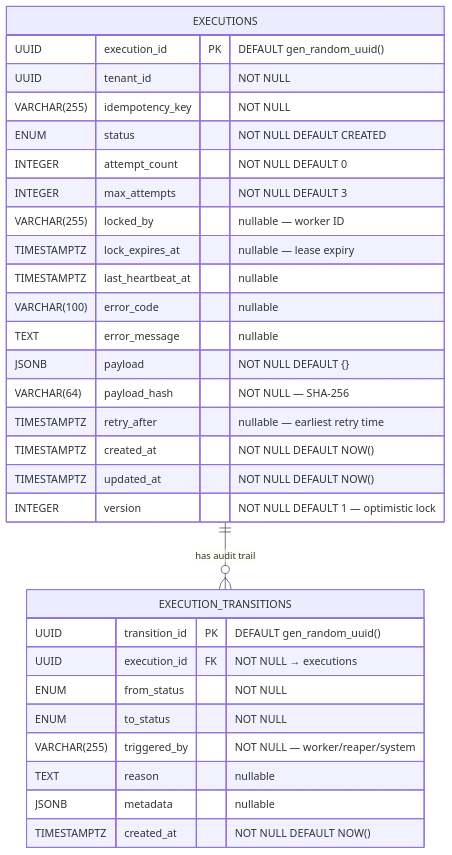
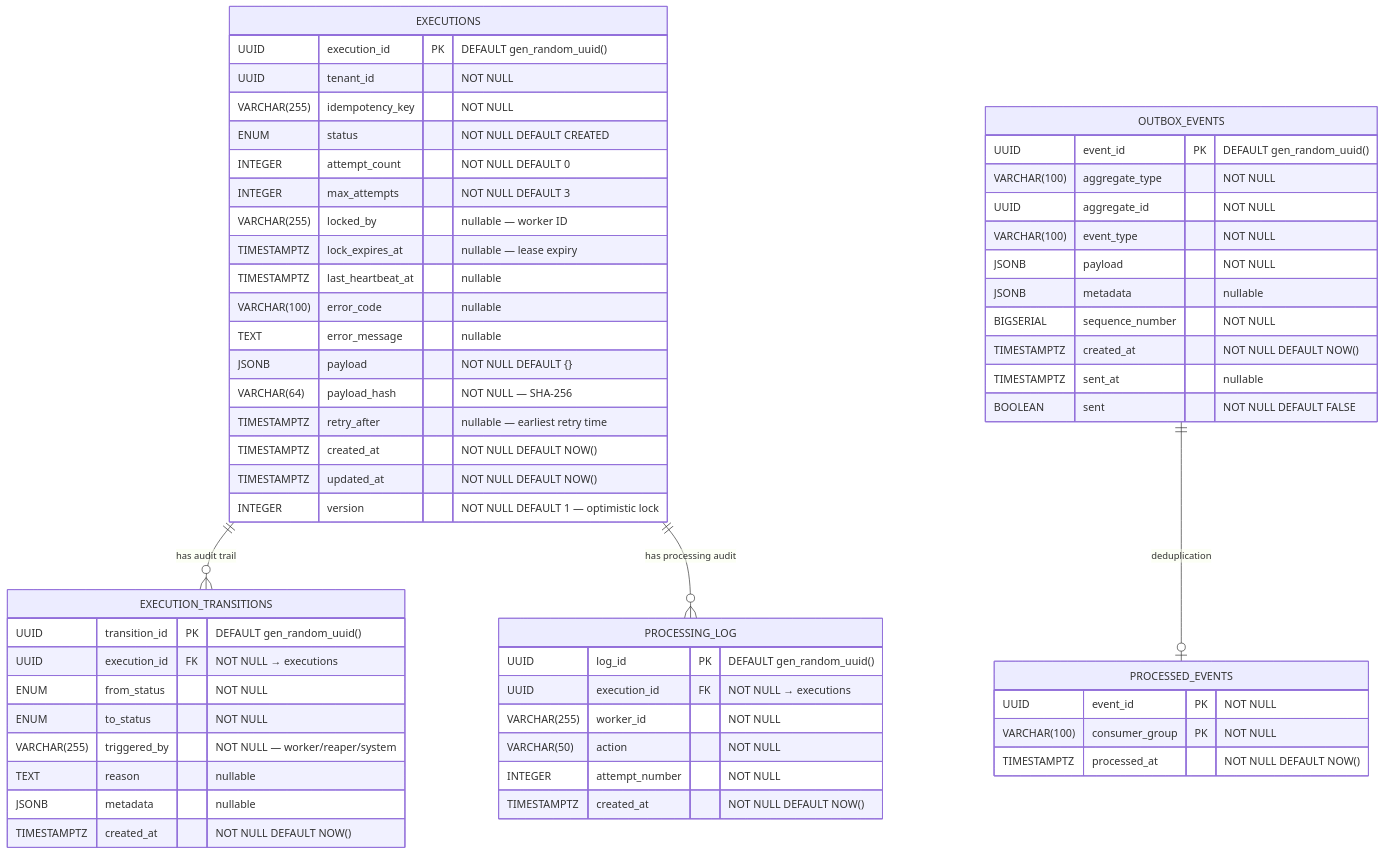
The first of 2 diagrams in docs/erd.md (narayana-reddy-nexoraa/platform), drawn with Mermaid before and after one commit. The commit also changed other lines of this file, not shown here.

Commit message:
docs: update ERD with outbox, processed_events, and processing_log tables

````diff
--- a/docs/erd.md
+++ b/docs/erd.md
@@ -5,35 +5,65 @@
 ```mermaid
 erDiagram
     EXECUTIONS {
         UUID execution_id PK "DEFAULT gen_random_uuid()"
         UUID tenant_id "NOT NULL"
         VARCHAR(255) idempotency_key "NOT NULL"
         ENUM status "NOT NULL DEFAULT CREATED"
         INTEGER attempt_count "NOT NULL DEFAULT 0"
         INTEGER max_attempts "NOT NULL DEFAULT 3"
         VARCHAR(255) locked_by "nullable — worker ID"
         TIMESTAMPTZ lock_expires_at "nullable — lease expiry"
         TIMESTAMPTZ last_heartbeat_at "nullable"
         VARCHAR(100) error_code "nullable"
         TEXT error_message "nullable"
         JSONB payload "NOT NULL DEFAULT {}"
         VARCHAR(64) payload_hash "NOT NULL — SHA-256"
         TIMESTAMPTZ retry_after "nullable — earliest retry time"
         TIMESTAMPTZ created_at "NOT NULL DEFAULT NOW()"
         TIMESTAMPTZ updated_at "NOT NULL DEFAULT NOW()"
         INTEGER version "NOT NULL DEFAULT 1 — optimistic lock"
     }
 
     EXECUTION_TRANSITIONS {
         UUID transition_id PK "DEFAULT gen_random_uuid()"
         UUID execution_id FK "NOT NULL → executions"
         ENUM from_status "NOT NULL"
         ENUM to_status "NOT NULL"
         VARCHAR(255) triggered_by "NOT NULL — worker/reaper/system"
         TEXT reason "nullable"
         JSONB metadata "nullable"
         TIMESTAMPTZ created_at "NOT NULL DEFAULT NOW()"
     }
 
+    OUTBOX_EVENTS {
+        UUID event_id PK "DEFAULT gen_random_uuid()"
+        VARCHAR(100) aggregate_type "NOT NULL"
+        UUID aggregate_id "NOT NULL"
+        VARCHAR(100) event_type "NOT NULL"
+        JSONB payload "NOT NULL"
+        JSONB metadata "nullable"
+        BIGSERIAL sequence_number "NOT NULL"
+        TIMESTAMPTZ created_at "NOT NULL DEFAULT NOW()"
+        TIMESTAMPTZ sent_at "nullable"
+        BOOLEAN sent "NOT NULL DEFAULT FALSE"
+    }
+
+    PROCESSED_EVENTS {
+        UUID event_id PK "NOT NULL"
+        VARCHAR(100) consumer_group PK "NOT NULL"
+        TIMESTAMPTZ processed_at "NOT NULL DEFAULT NOW()"
+    }
+
+    PROCESSING_LOG {
+        UUID log_id PK "DEFAULT gen_random_uuid()"
+        UUID execution_id FK "NOT NULL → executions"
+        VARCHAR(255) worker_id "NOT NULL"
+        VARCHAR(50) action "NOT NULL"
+        INTEGER attempt_number "NOT NULL"
+        TIMESTAMPTZ created_at "NOT NULL DEFAULT NOW()"
+    }
+
     EXECUTIONS ||--o{ EXECUTION_TRANSITIONS : "has audit trail"
+    EXECUTIONS ||--o{ PROCESSING_LOG : "has processing audit"
+    OUTBOX_EVENTS ||--o| PROCESSED_EVENTS : "deduplication"
 ```
````
